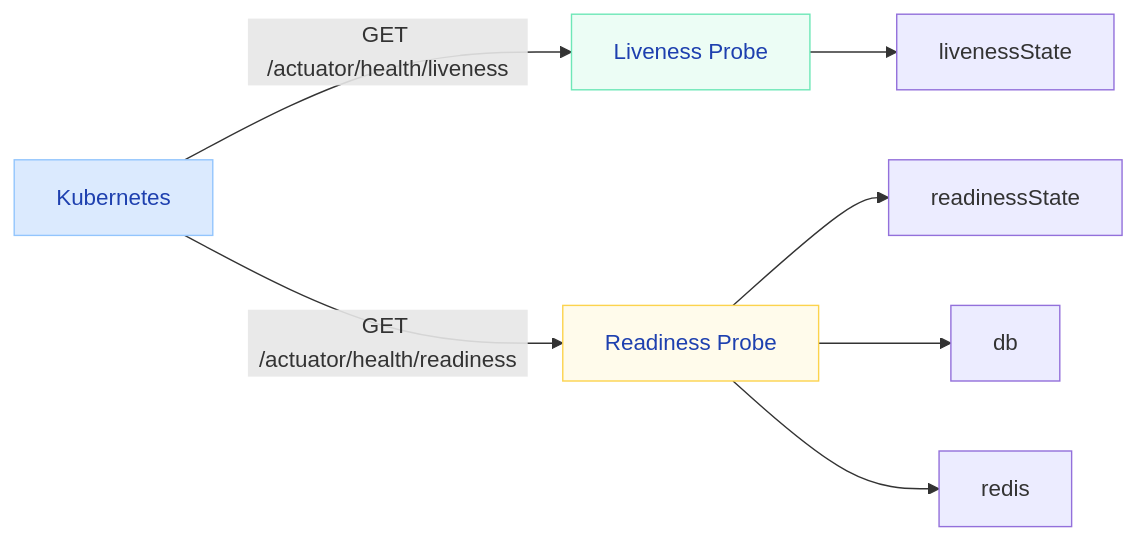
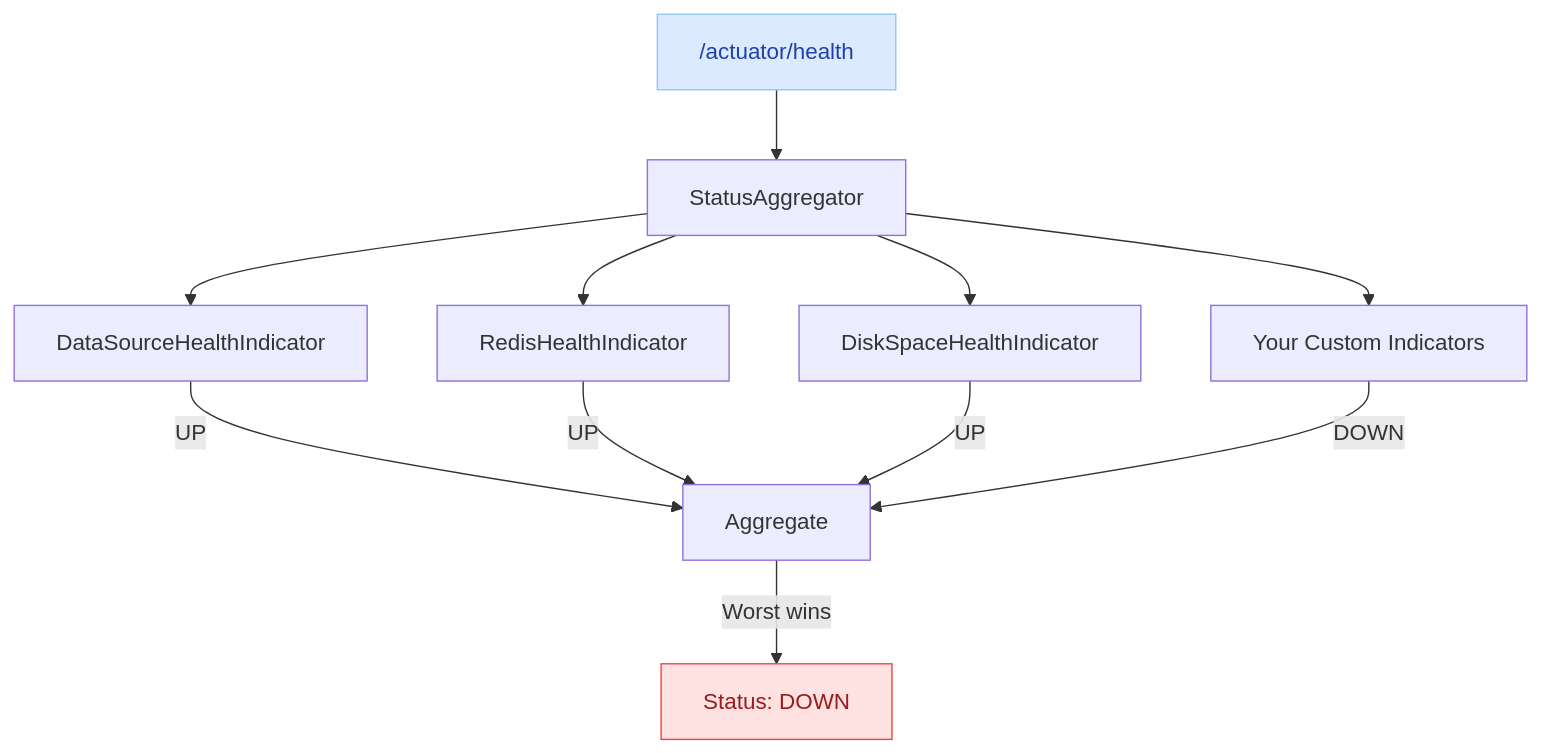
The second of 5 diagrams in docs/springboot/actuator.md (saivamsikaruturi/vamsilabs-dev-notes-main), drawn with Mermaid before and after one commit. The commit also changed other lines of this file and 21 other files, not shown here.

````diff
--- a/docs/springboot/actuator.md
+++ b/docs/springboot/actuator.md
@@ -219,13 +108,17 @@
 ```mermaid
-flowchart LR
-    K8s["Kubernetes"] -->|"GET /actuator/health/liveness"| L["Liveness Probe"]
-    K8s -->|"GET /actuator/health/readiness"| R["Readiness Probe"]
-    L --> LS["livenessState"]
-    R --> RS["readinessState"]
-    R --> DB["db"]
-    R --> Redis["redis"]
+flowchart TD
+    H["/actuator/health"] --> A["StatusAggregator"]
+    A --> DB["DataSourceHealthIndicator"]
+    A --> Redis["RedisHealthIndicator"]
+    A --> Disk["DiskSpaceHealthIndicator"]
+    A --> Custom["Your Custom Indicators"]
+    
+    DB -->|UP| Agg["Aggregate"]
+    Redis -->|UP| Agg
+    Disk -->|UP| Agg
+    Custom -->|DOWN| Agg
+    Agg -->|"Worst wins"| Result["Status: DOWN"]
 
-    style K8s fill:#DBEAFE,stroke:#93C5FD,color:#1E40AF
-    style L fill:#ECFDF5,stroke:#6EE7B7,color:#1E40AF
-    style R fill:#FFFBEB,stroke:#FCD34D,color:#1E40AF
+    style Result fill:#FEE2E2,stroke:#EF4444,color:#991B1B
+    style H fill:#DBEAFE,stroke:#93C5FD,color:#1E40AF
 ```
````
